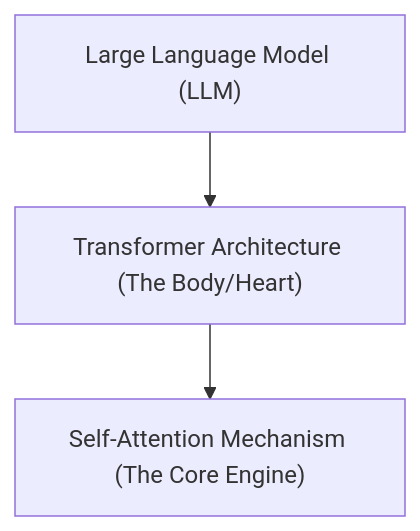
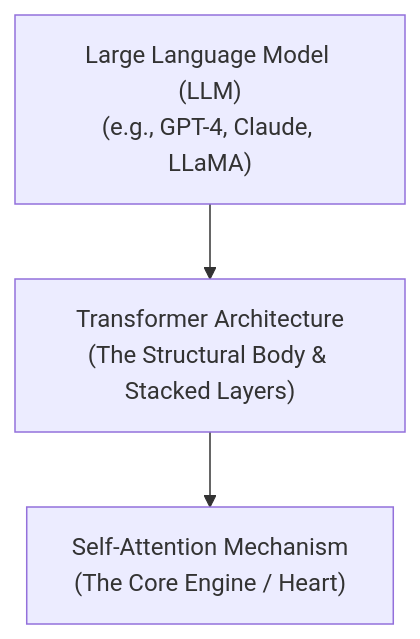
The second of 3 diagrams in Nameste-AI/Season_01/05_The_Computational_Brain_of_Machines.md (Nishant8826/theory-leaning), drawn with Mermaid before and after one commit. The commit also changed other lines of this file and 8 other files, not shown here.

````diff
--- a/Nameste-AI/Season_01/05_The_Computational_Brain_of_Machines.md
+++ b/Nameste-AI/Season_01/05_The_Computational_Brain_of_Machines.md
@@ -82,5 +85,5 @@
 ```mermaid
 flowchart TD
-    A["Large Language Model (LLM)"] --> B["Transformer Architecture (The Body/Heart)"]
-    B --> C["Self-Attention Mechanism (The Core Engine)"]
+    A["Large Language Model (LLM)\n(e.g., GPT-4, Claude, LLaMA)"] --> B["Transformer Architecture\n(The Structural Body & Stacked Layers)"]
+    B --> C["Self-Attention Mechanism\n(The Core Engine / Heart)"]
 ```
````
